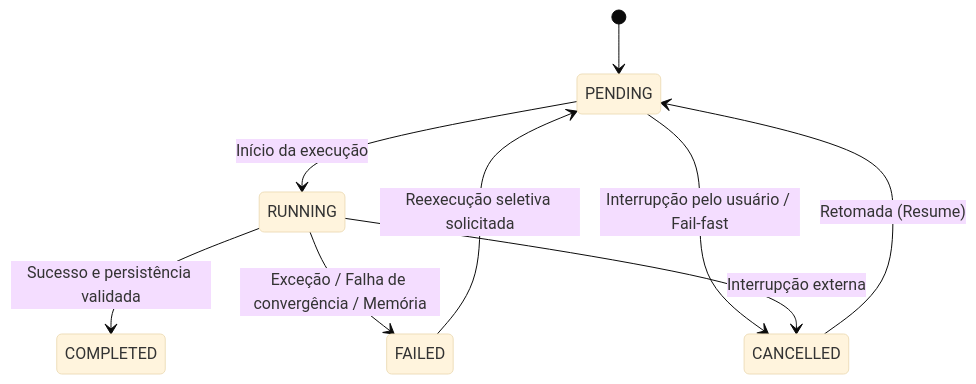
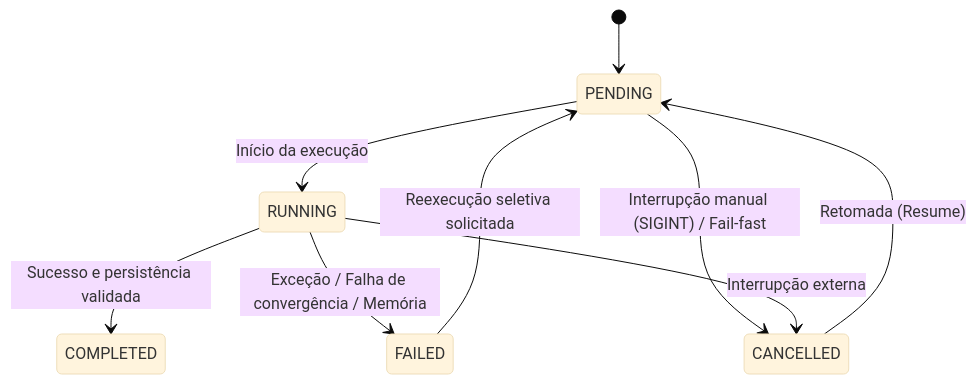
The third of 4 diagrams in engenharia_software/ARQUITETURA_E_CONTRATOS.md (aleerangel/experimental-ml-framework), drawn with Mermaid (base theme) before and after one commit. The commit also changed other lines of this file and 17 other files, not shown here.

````diff
--- a/engenharia_software/ARQUITETURA_E_CONTRATOS.md
+++ b/engenharia_software/ARQUITETURA_E_CONTRATOS.md
@@ -389,11 +389,11 @@
      ```mermaid
      stateDiagram-v2
          [*] --> PENDING
          PENDING --> RUNNING : Início da execução
          RUNNING --> COMPLETED : Sucesso e persistência validada
          RUNNING --> FAILED : Exceção / Falha de convergência / Memória
-         PENDING --> CANCELLED : Interrupção pelo usuário / Fail-fast
+         PENDING --> CANCELLED : Interrupção manual (SIGINT) / Fail-fast
          RUNNING --> CANCELLED : Interrupção externa
          FAILED --> PENDING : Reexecução seletiva solicitada
          CANCELLED --> PENDING : Retomada (Resume)
      ```
````
